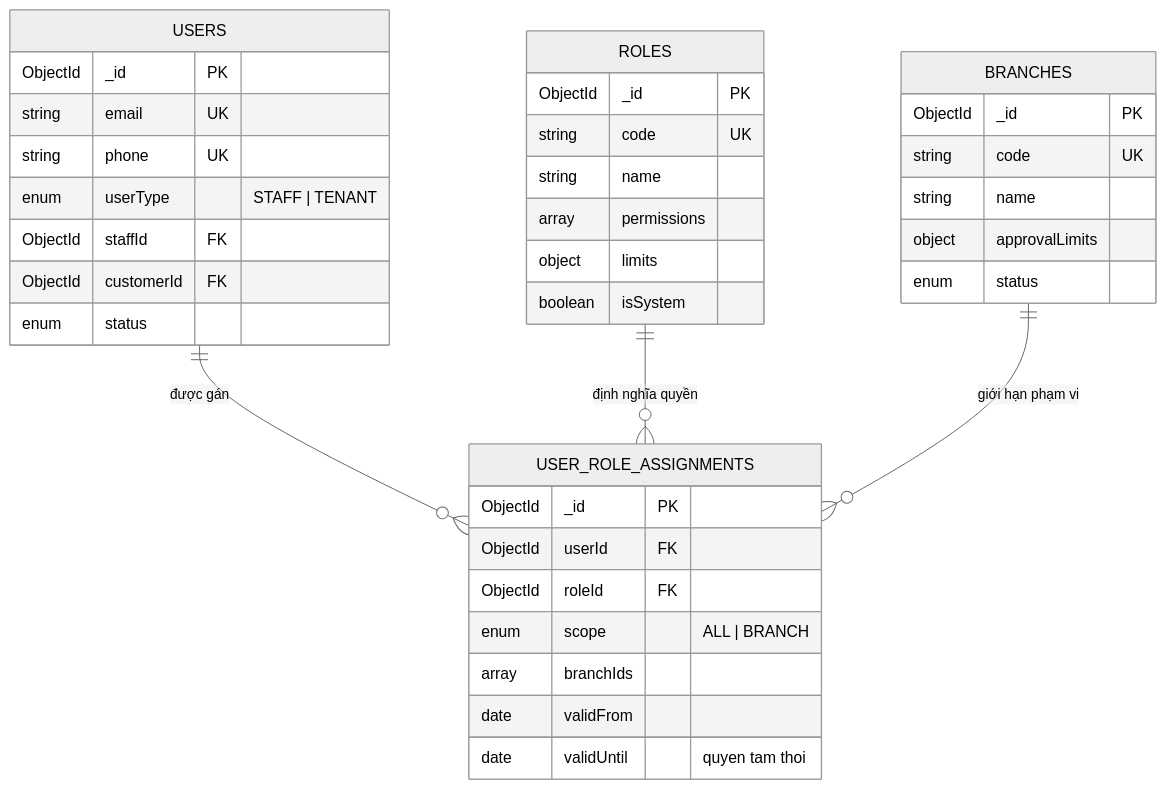
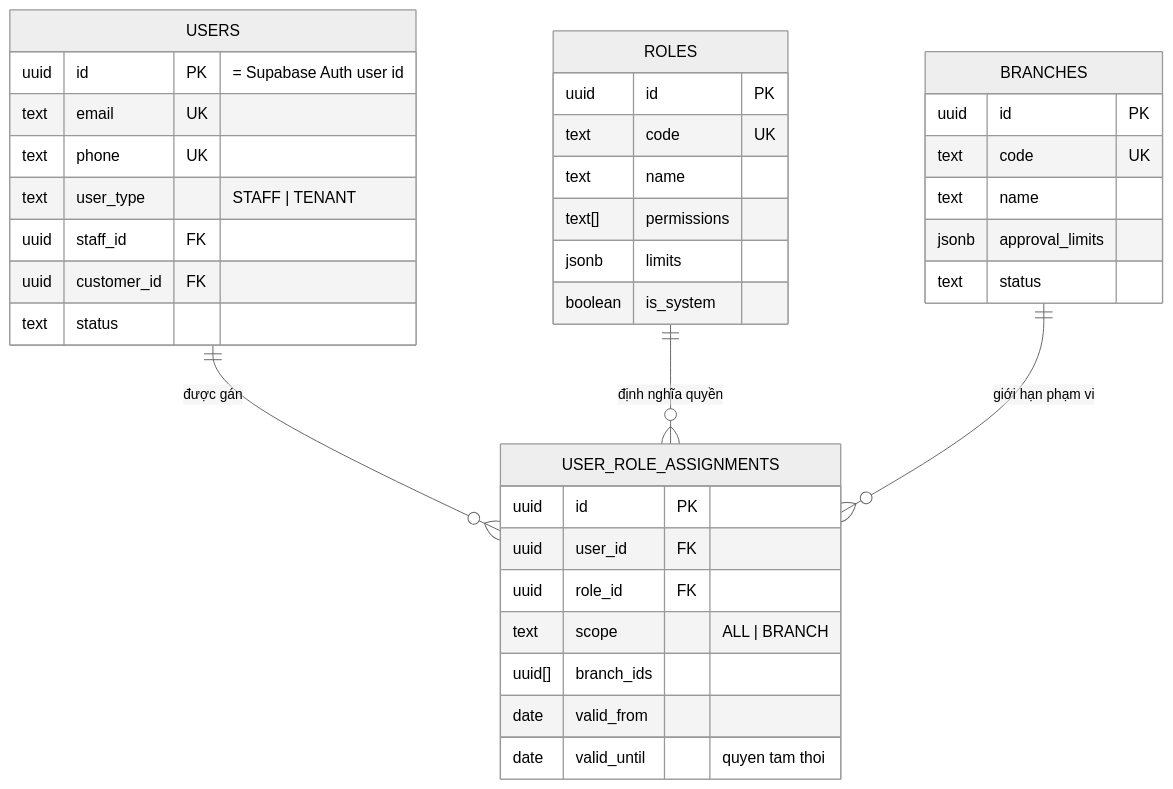
The fourth of 6 diagrams in docs/13-erd.md (danglh5902/ktx-cali), drawn with Mermaid (neutral theme) before and after one commit. The commit also changed other lines of this file and 60 other files, not shown here.

````diff
--- a/docs/13-erd.md
+++ b/docs/13-erd.md
@@ -289,43 +290,43 @@
 ```mermaid
 erDiagram
     USERS {
-        ObjectId _id PK
-        string email UK
-        string phone UK
-        enum userType "STAFF | TENANT"
-        ObjectId staffId FK
-        ObjectId customerId FK
-        enum status
+        uuid id PK "= Supabase Auth user id"
+        text email UK
+        text phone UK
+        text user_type "STAFF | TENANT"
+        uuid staff_id FK
+        uuid customer_id FK
+        text status
     }
 
     ROLES {
-        ObjectId _id PK
-        string code UK
-        string name
-        array permissions
-        object limits
-        boolean isSystem
+        uuid id PK
+        text code UK
+        text name
+        text[] permissions
+        jsonb limits
+        boolean is_system
     }
 
     USER_ROLE_ASSIGNMENTS {
-        ObjectId _id PK
-        ObjectId userId FK
-        ObjectId roleId FK
-        enum scope "ALL | BRANCH"
-        array branchIds
-        date validFrom
-        date validUntil "quyen tam thoi"
+        uuid id PK
+        uuid user_id FK
+        uuid role_id FK
+        text scope "ALL | BRANCH"
+        uuid[] branch_ids
+        date valid_from
+        date valid_until "quyen tam thoi"
     }
 
     BRANCHES {
-        ObjectId _id PK
-        string code UK
-        string name
-        object approvalLimits
-        enum status
+        uuid id PK
+        text code UK
+        text name
+        jsonb approval_limits
+        text status
     }
 
     USERS ||--o{ USER_ROLE_ASSIGNMENTS : "được gán"
     ROLES ||--o{ USER_ROLE_ASSIGNMENTS : "định nghĩa quyền"
     BRANCHES ||--o{ USER_ROLE_ASSIGNMENTS : "giới hạn phạm vi"
 ```
````
